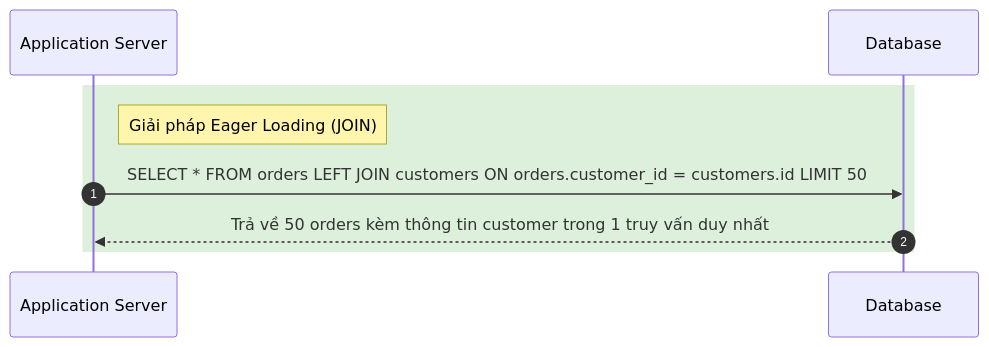
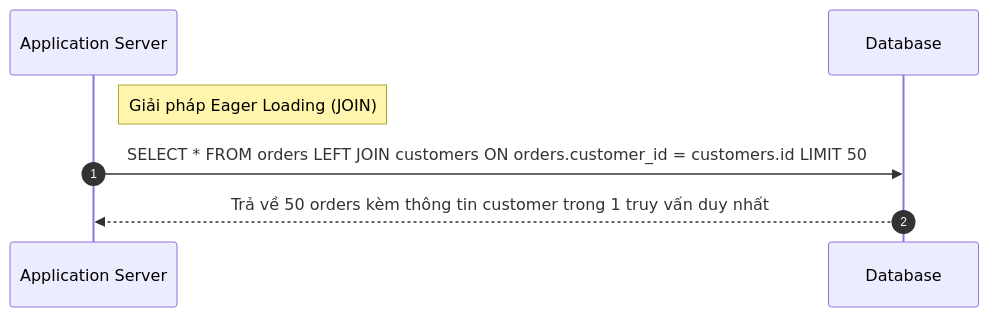
Before and after one commit to haiphamngoc-dev/system-design-daily-problems: the second of 2 diagrams in src/problems/problem-02.md, drawn with Mermaid. The commit also changed other lines of this file and 1 other file, not shown here.

First line of the commit message:
style(problem-02): remove rect background from mermaid diagrams

````diff
--- a/src/problems/problem-02.md
+++ b/src/problems/problem-02.md
@@ -64,12 +62,10 @@
 ```mermaid
 sequenceDiagram
     autonumber
     participant App as Application Server
     participant DB as Database
 
-    rect rgb(220, 240, 220)
-        note right of App: Giải pháp Eager Loading (JOIN)
-        App->>DB: SELECT * FROM orders LEFT JOIN customers ON orders.customer_id = customers.id LIMIT 50
-        DB-->>App: Trả về 50 orders kèm thông tin customer trong 1 truy vấn duy nhất
-    end
+    note right of App: Giải pháp Eager Loading (JOIN)
+    App->>DB: SELECT * FROM orders LEFT JOIN customers ON orders.customer_id = customers.id LIMIT 50
+    DB-->>App: Trả về 50 orders kèm thông tin customer trong 1 truy vấn duy nhất
 ```
````
